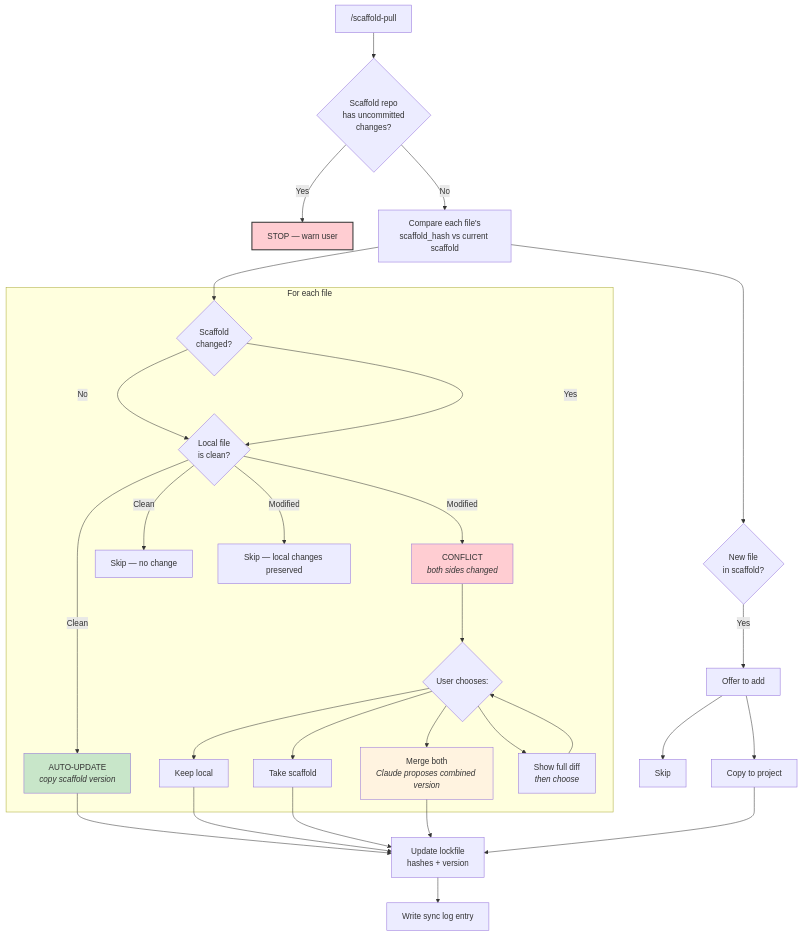
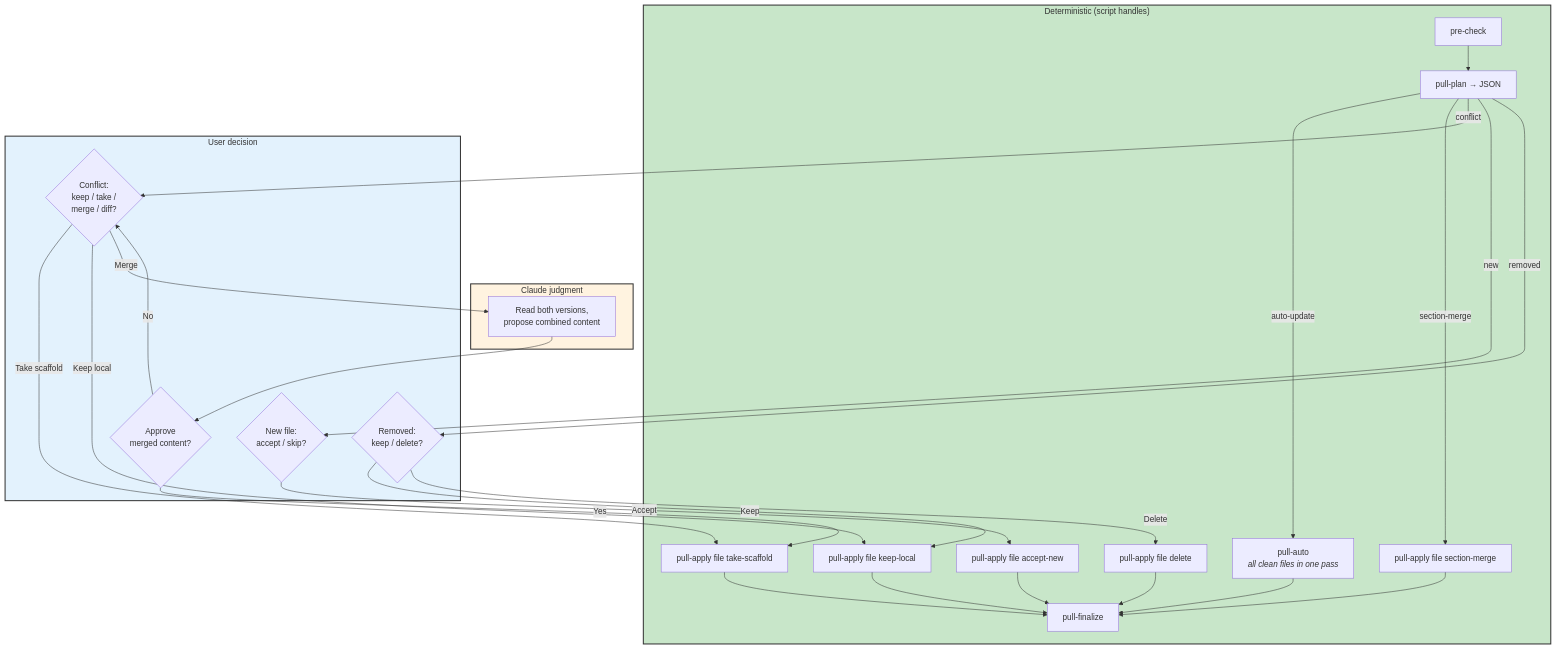
One commit to goldhaxx/fucina changed the ninth of 18 diagrams in GUIDE.md. Above: the diagram before and after it, drawn with Mermaid. The commit also changed other lines of this file and 13 other files, not shown here.

First line of the commit message:
chore(scaffold): pull hub updates — deterministic-first, hooks, compound commands

````diff
--- a/GUIDE.md
+++ b/GUIDE.md
@@ -410,65 +413,54 @@
 ```mermaid
 flowchart TD
-    START["/scaffold-pull"]
-    CHECK{"Scaffold repo<br/>has uncommitted<br/>changes?"}
-    STOP["STOP — warn user"]
-    SCAN["Compare each file's<br/>scaffold_hash vs current scaffold"]
-
-    subgraph "For each file"
-        CHANGED{"Scaffold<br/>changed?"}
-        LOCAL{"Local file<br/>is clean?"}
-        AUTO["AUTO-UPDATE<br/><i>copy scaffold version</i>"]
-        CONFLICT["CONFLICT<br/><i>both sides changed</i>"]
-        SKIP_NC["Skip — no change"]
-        SKIP_LO["Skip — local changes preserved"]
-
-        OPT{"User chooses:"}
-        KEEP["Keep local"]
-        TAKE["Take scaffold"]
-        MERGE["Merge both<br/><i>Claude proposes combined version</i>"]
-        DIFF["Show full diff<br/><i>then choose</i>"]
+    subgraph DETERMINISTIC ["Deterministic (script handles)"]
+        START["pre-check"]
+        PLAN["pull-plan → JSON"]
+        AUTO["pull-auto<br/><i>all clean files in one pass</i>"]
+        SM["pull-apply file section-merge"]
+        TAKE["pull-apply file take-scaffold"]
+        KEEP["pull-apply file keep-local"]
+        ACCEPT["pull-apply file accept-new"]
+        DEL["pull-apply file delete"]
+        FIN["pull-finalize"]
     end
 
-    NEW{"New file<br/>in scaffold?"}
-    OFFER["Offer to add"]
-    ACCEPT["Copy to project"]
-    DECLINE["Skip"]
+    subgraph STOCHASTIC ["Claude judgment"]
+        MERGE["Read both versions,<br/>propose combined content"]
+    end
 
-    UPDATE["Update lockfile<br/>hashes + version"]
-    LOG["Write sync log entry"]
+    subgraph USER ["User decision"]
+        OPT{"Conflict:<br/>keep / take /<br/>merge / diff?"}
+        NEW_OPT{"New file:<br/>accept / skip?"}
+        RM_OPT{"Removed:<br/>keep / delete?"}
+        APPROVE{"Approve<br/>merged content?"}
+    end
 
-    START --> CHECK
-    CHECK -->|"Yes"| STOP
-    CHECK -->|"No"| SCAN
-    SCAN --> CHANGED
-    CHANGED -->|"No"| LOCAL
-    LOCAL -->|"Clean"| SKIP_NC
-    LOCAL -->|"Modified"| SKIP_LO
-    CHANGED -->|"Yes"| LOCAL
-    LOCAL -->|"Clean"| AUTO
-    LOCAL -->|"Modified"| CONFLICT
+    START --> PLAN
+    PLAN -->|"auto-update"| AUTO
+    PLAN -->|"section-merge"| SM
+    PLAN -->|"conflict"| OPT
+    PLAN -->|"new"| NEW_OPT
+    PLAN -->|"removed"| RM_OPT
 
-    CONFLICT --> OPT
-    OPT --> KEEP
-    OPT --> TAKE
-    OPT --> MERGE
-    OPT --> DIFF
-    DIFF --> OPT
+    OPT -->|"Take scaffold"| TAKE
+    OPT -->|"Keep local"| KEEP
+    OPT -->|"Merge"| MERGE
+    MERGE --> APPROVE
+    APPROVE -->|"Yes"| TAKE
+    APPROVE -->|"No"| OPT
 
-    SCAN --> NEW
-    NEW -->|"Yes"| OFFER
-    OFFER --> ACCEPT
-    OFFER --> DECLINE
+    NEW_OPT -->|"Accept"| ACCEPT
+    RM_OPT -->|"Keep"| KEEP
+    RM_OPT -->|"Delete"| DEL
 
-    AUTO --> UPDATE
-    KEEP --> UPDATE
-    TAKE --> UPDATE
-    MERGE --> UPDATE
-    ACCEPT --> UPDATE
-    UPDATE --> LOG
+    AUTO --> FIN
+    SM --> FIN
+    TAKE --> FIN
+    KEEP --> FIN
+    ACCEPT --> FIN
+    DEL --> FIN
 
-    style AUTO fill:#c8e6c9
-    style CONFLICT fill:#ffcdd2
-    style MERGE fill:#fff3e0
-    style STOP fill:#ffcdd2,stroke:#333,stroke-width:2px
+    style DETERMINISTIC fill:#c8e6c9,stroke:#333,stroke-width:2px
+    style STOCHASTIC fill:#fff3e0,stroke:#333,stroke-width:2px
+    style USER fill:#e3f2fd,stroke:#333,stroke-width:2px
 ```
````
